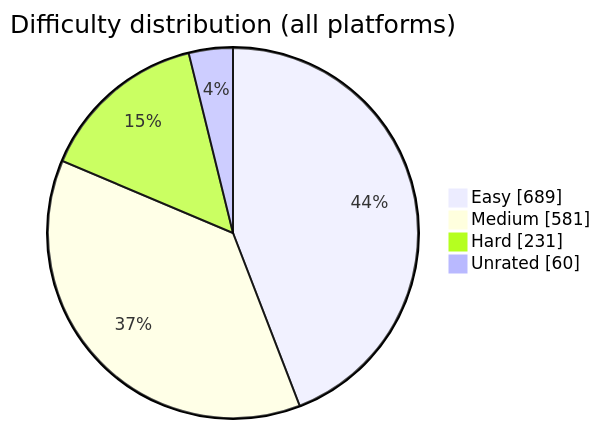
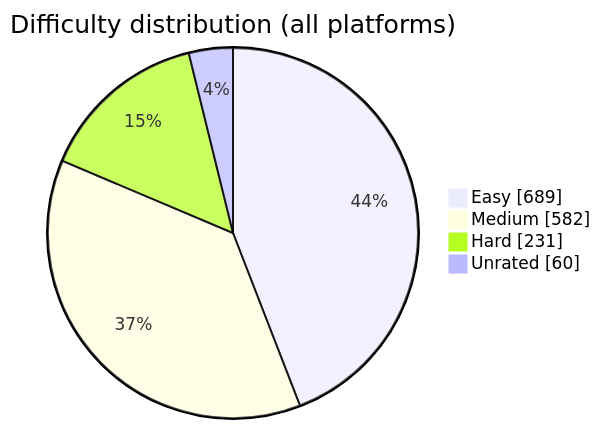
Before and after one commit to BuildbyArindam/Daily-Coding-Log: the diagram in README.md, drawn with Mermaid. The commit also changed other lines of this file, not shown here.

````diff
--- a/README.md
+++ b/README.md
@@ -93,7 +93,7 @@
 ```mermaid
 pie showData title Difficulty distribution (all platforms)
     "Easy" : 689
-    "Medium" : 581
+    "Medium" : 582
     "Hard" : 231
     "Unrated" : 60
 ```
````
